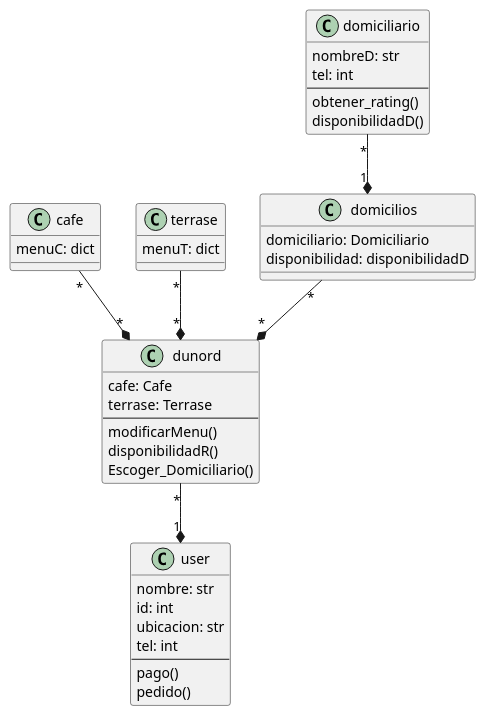
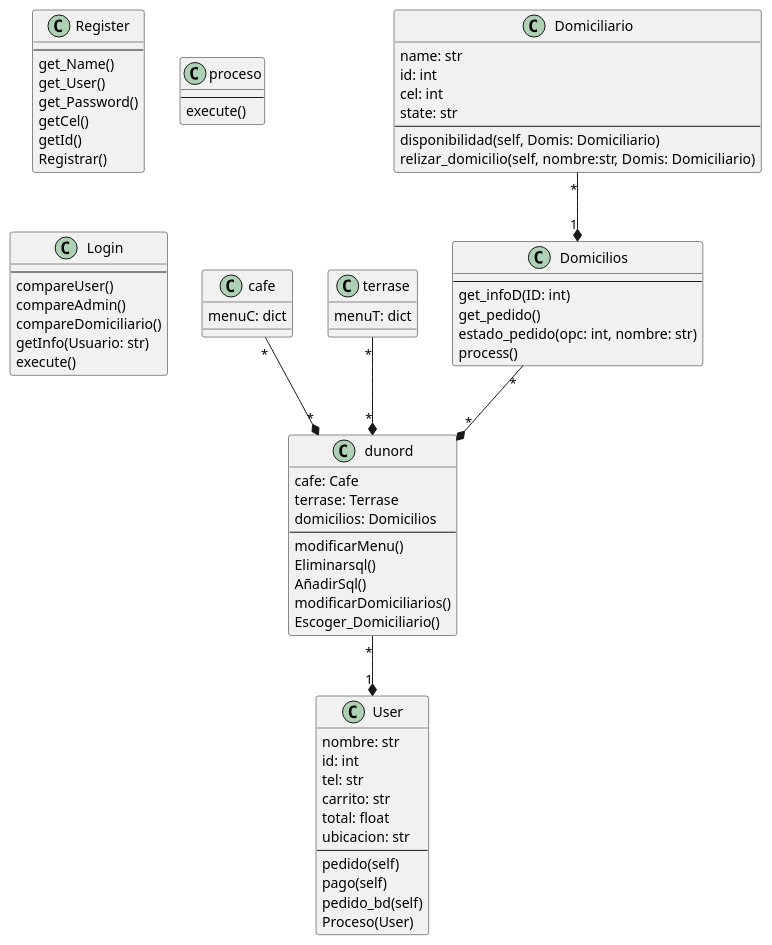
One commit to JGD2108/Rappi_Nord changed the diagram in project.puml. Above: the diagram before and after it, drawn with PlantUML.

```diff
--- a/project.puml
+++ b/project.puml
@@ -1,50 +1,83 @@
 @startuml
+Class Register{
+----
+get_Name()
+get_User()
+get_Password()
+getCel()
+getId()
+Registrar()
+}
 
-Class user{
+Class User{
 nombre: str
 id: int
+tel: str
+carrito: str
+total: float
 ubicacion: str
-tel: int
 --
-pago()
-pedido()
-}
-
-Class domiciliario{
-nombreD: str
-tel: int
---
-obtener_rating()
-disponibilidadD()
+pedido(self)
+pago(self)
+pedido_bd(self)
+Proceso(User)
 }
 
 Class dunord{
 cafe: Cafe
 terrase: Terrase
+domicilios: Domicilios
 --
 modificarMenu()
-disponibilidadR()
+Eliminarsql()
+AñadirSql()
+modificarDomiciliarios()
 Escoger_Domiciliario()
 }
+
+Class proceso{
+----
+execute()
+}
+
 
 Class cafe{
 menuC: dict
 }
 
 Class terrase{
 menuT: dict
 }
 
-Class domicilios{
-domiciliario: Domiciliario
-disponibilidad: disponibilidadD
-
+Class Domiciliario{
+name: str
+id: int
+cel: int
+state: str
+--
+disponibilidad(self, Domis: Domiciliario)
+relizar_domicilio(self, nombre:str, Domis: Domiciliario)
 }
 
+class Domicilios{
+----
+get_infoD(ID: int)
+get_pedido()
+estado_pedido(opc: int, nombre: str)
+process()
+}
+
+class Login{
+----
+compareUser()
+compareAdmin()
+compareDomiciliario()
+getInfo(Usuario: str)
+execute()
+}
 cafe "*" --* "*" dunord
 terrase "*" --* "*" dunord
-domiciliario "*" --* "1" domicilios
-domicilios "*" --* "*" dunord 
-dunord "*" --* "1" user
-
+Domiciliario "*" --* "1" Domicilios
+Domicilios "*" --* "*" dunord
+dunord "*" --* "1" User
 @enduml
```
